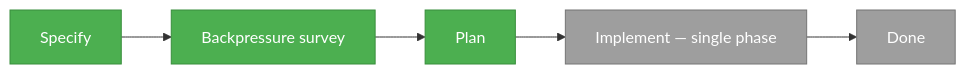
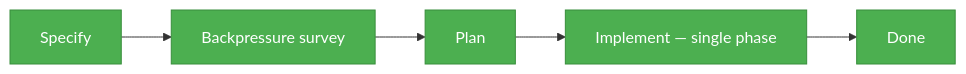
Before and after one commit to AI-Substrate/chainglass: the second of 2 diagrams in docs/plans/086-image-editor/image-editor.fltplan.md, drawn with Mermaid. The commit also changed other lines of this file and 12 other files, not shown here.

````diff
--- a/docs/plans/086-image-editor/image-editor.fltplan.md
+++ b/docs/plans/086-image-editor/image-editor.fltplan.md
@@ -82,11 +82,11 @@
 ```mermaid
 flowchart LR
     classDef done fill:#4CAF50,stroke:#388E3C,color:#fff
     classDef active fill:#FFC107,stroke:#FFA000,color:#000
     classDef ready fill:#9E9E9E,stroke:#757575,color:#fff
 
     S[Specify]:::done --> BP[Backpressure survey]:::done
     BP --> P[Plan]:::done
-    P --> PH[Implement — single phase]:::ready
-    PH --> D[Done]:::ready
+    P --> PH[Implement — single phase]:::done
+    PH --> D[Done]:::done
 ```
````
